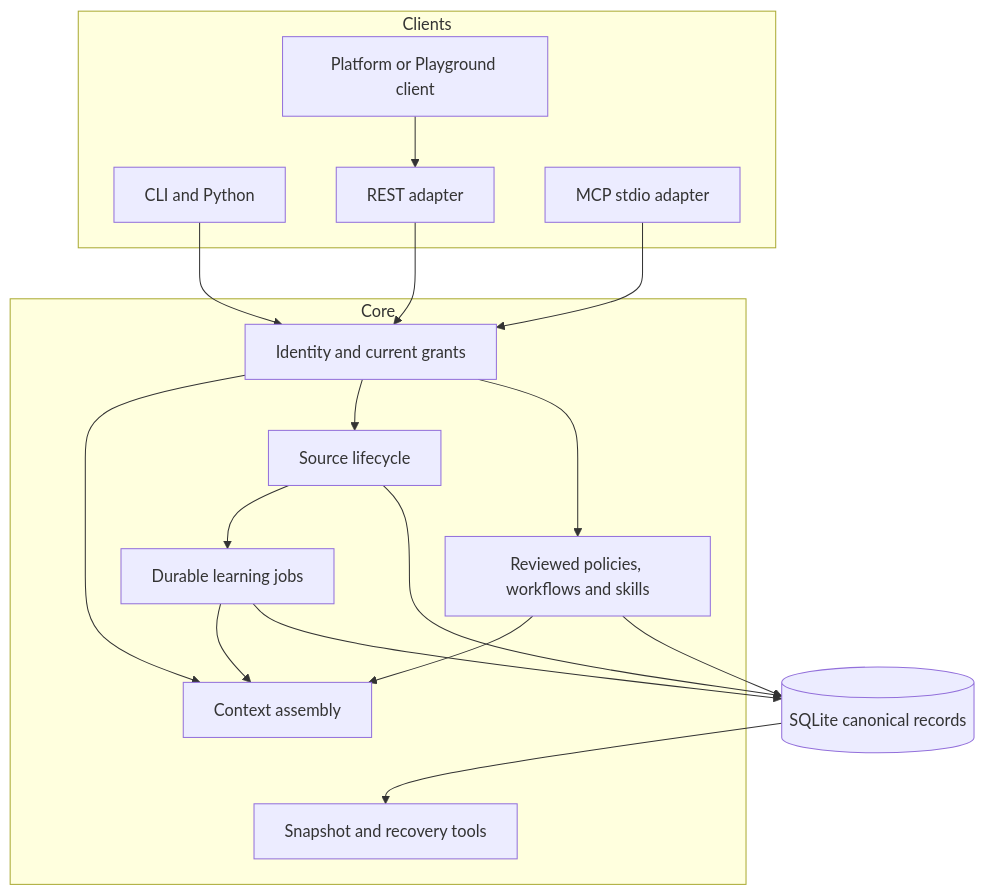
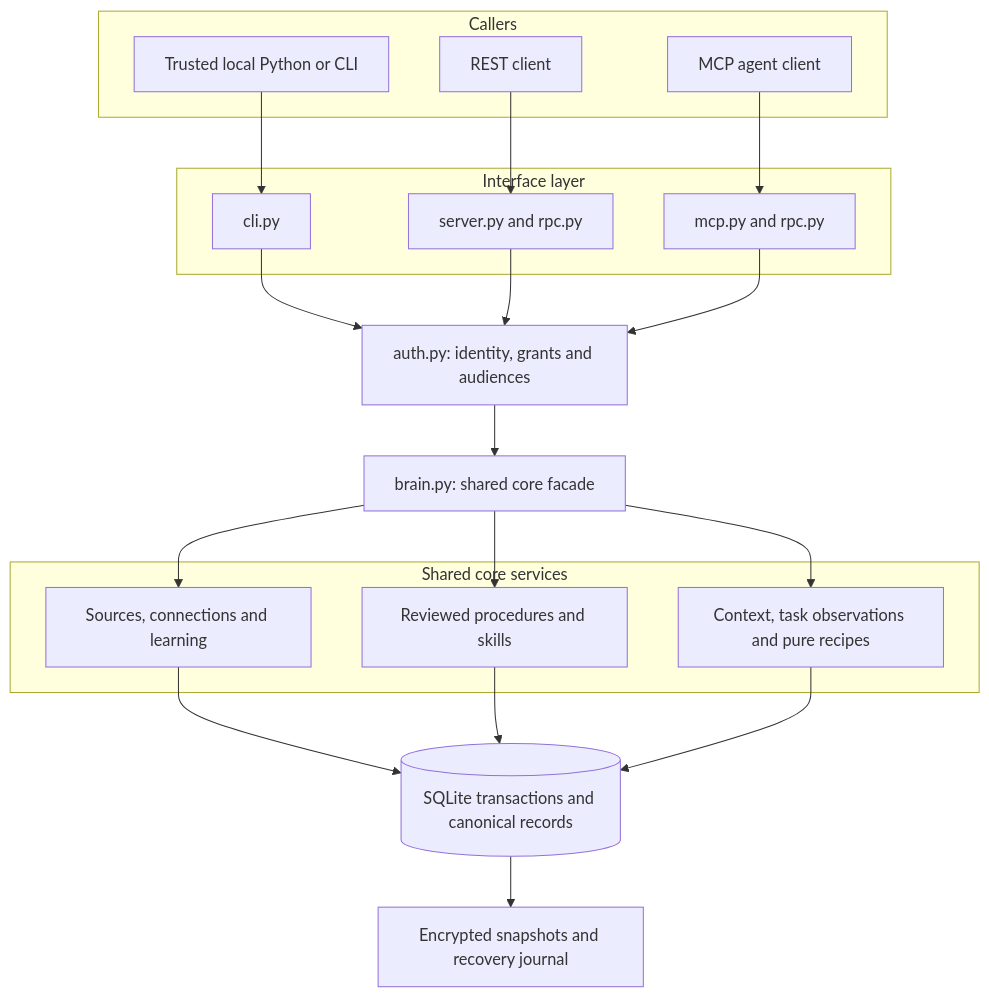
The diagram in docs/diagrams/architecture-1.mmd (Atmet-AI/Atmet-brain), drawn with Mermaid before and after one commit. The commit also changed 32 other files, not shown here.

Commit message:
Explain company setup and architecture for v0.1.1

```diff
--- a/docs/diagrams/architecture-1.mmd
+++ b/docs/diagrams/architecture-1.mmd
@@ -1,29 +1,30 @@
 flowchart TB
-    subgraph Clients
-        Terminal[CLI and Python]
-        API[REST adapter]
-        MCP[MCP stdio adapter]
-        Product[Platform or Playground client]
+    subgraph Callers["Callers"]
+        Local["Trusted local Python or CLI"]
+        Remote["REST client"]
+        Agent["MCP agent client"]
     end
-    subgraph Core
-        Auth[Identity and current grants]
-        Context[Context assembly]
-        Sources[Source lifecycle]
-        Learning[Durable learning jobs]
-        Artifacts[Reviewed policies, workflows and skills]
-        Recovery[Snapshot and recovery tools]
+    subgraph Adapters["Interface layer"]
+        CLI["cli.py"]
+        REST["server.py and rpc.py"]
+        MCP["mcp.py and rpc.py"]
     end
-    Terminal --> Auth
-    API --> Auth
-    MCP --> Auth
-    Product --> API
-    Auth --> Context
-    Auth --> Sources
-    Auth --> Artifacts
-    Sources --> Learning
-    Learning --> Context
-    Artifacts --> Context
-    Sources --> DB[(SQLite canonical records)]
-    Artifacts --> DB
-    Learning --> DB
-    DB --> Recovery
+    Local --> CLI
+    Remote --> REST
+    Agent --> MCP
+    CLI --> Identity["auth.py: identity, grants and audiences"]
+    REST --> Identity
+    MCP --> Identity
+    Identity --> Facade["brain.py: shared core facade"]
+    subgraph Services["Shared core services"]
+        Sources["Sources, connections and learning"]
+        Artifacts["Reviewed procedures and skills"]
+        Tasks["Context, task observations and pure recipes"]
+    end
+    Facade --> Sources
+    Facade --> Artifacts
+    Facade --> Tasks
+    Sources --> Store[("SQLite transactions and canonical records")]
+    Artifacts --> Store
+    Tasks --> Store
+    Store --> Recovery["Encrypted snapshots and recovery journal"]
```
